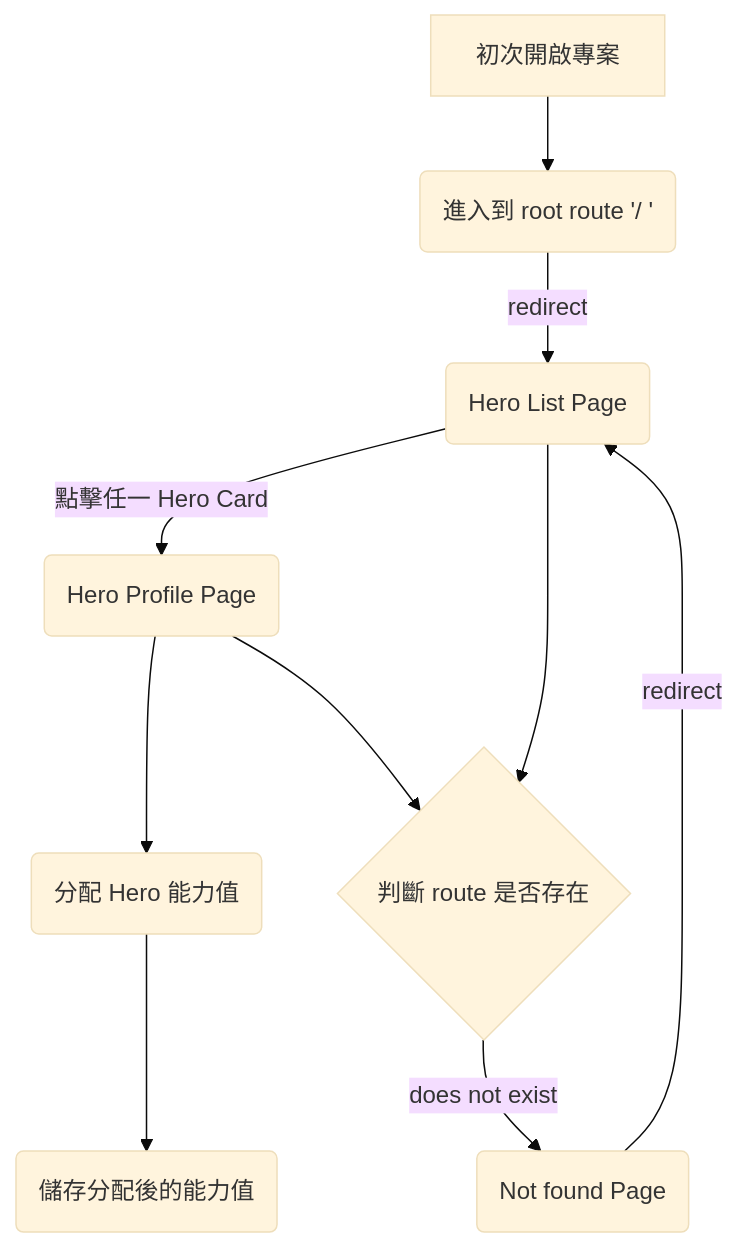
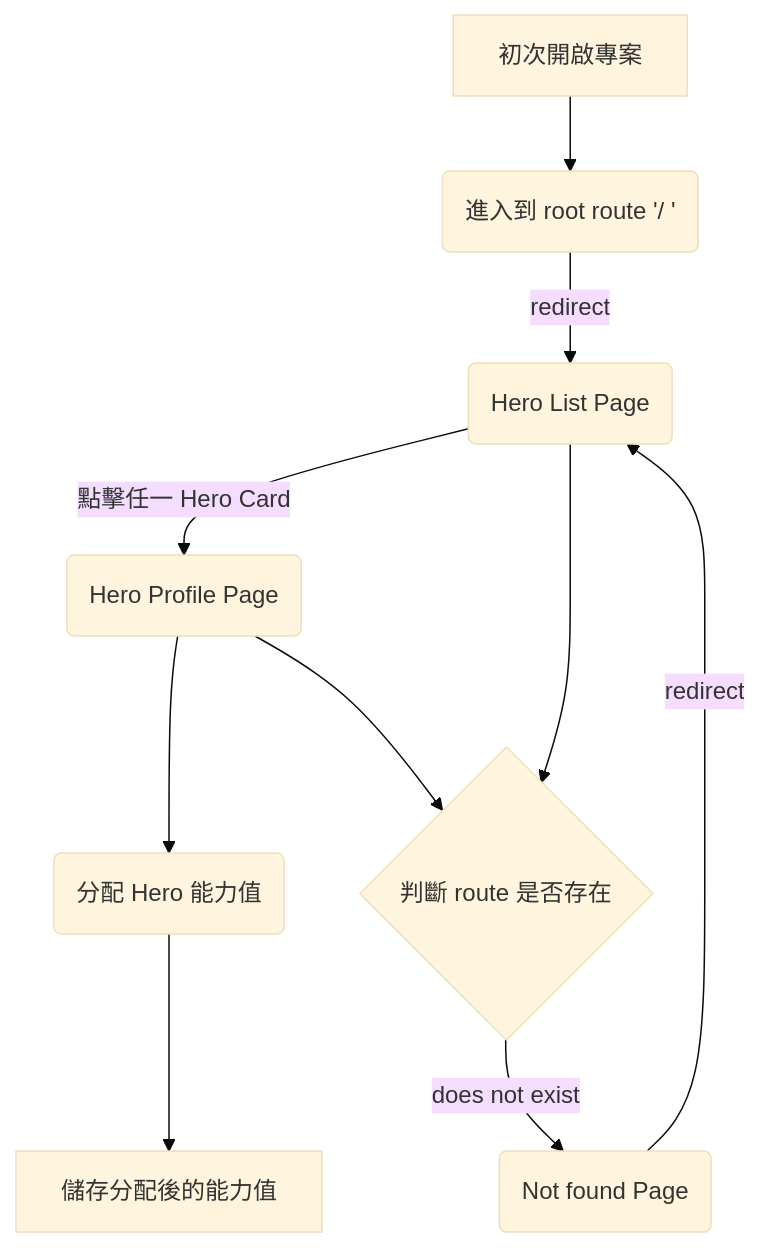
The first of 2 diagrams in README.md (brook110413/hahow-project), drawn with Mermaid (base theme) before and after one commit. The commit also changed other lines of this file and 1 other file, not shown here.

````diff
--- a/README.md
+++ b/README.md
@@ -85,12 +85,12 @@
 ```mermaid
 graph TD;
     A[初次開啟專案] --> B(進入到 root route '/ ')
     B --> |redirect| C(Hero List Page)
     C --> |點擊任一 Hero Card| F(Hero Profile Page)
     F --> G(分配 Hero 能力值)
-    G --> H(儲存分配後的能力值)
+    G --> H[儲存分配後的能力值]
     C --> D{判斷 route 是否存在}
     F --> D
     D --> |does not exist| E(Not found Page)
     E --> |redirect| C
 ```
````
